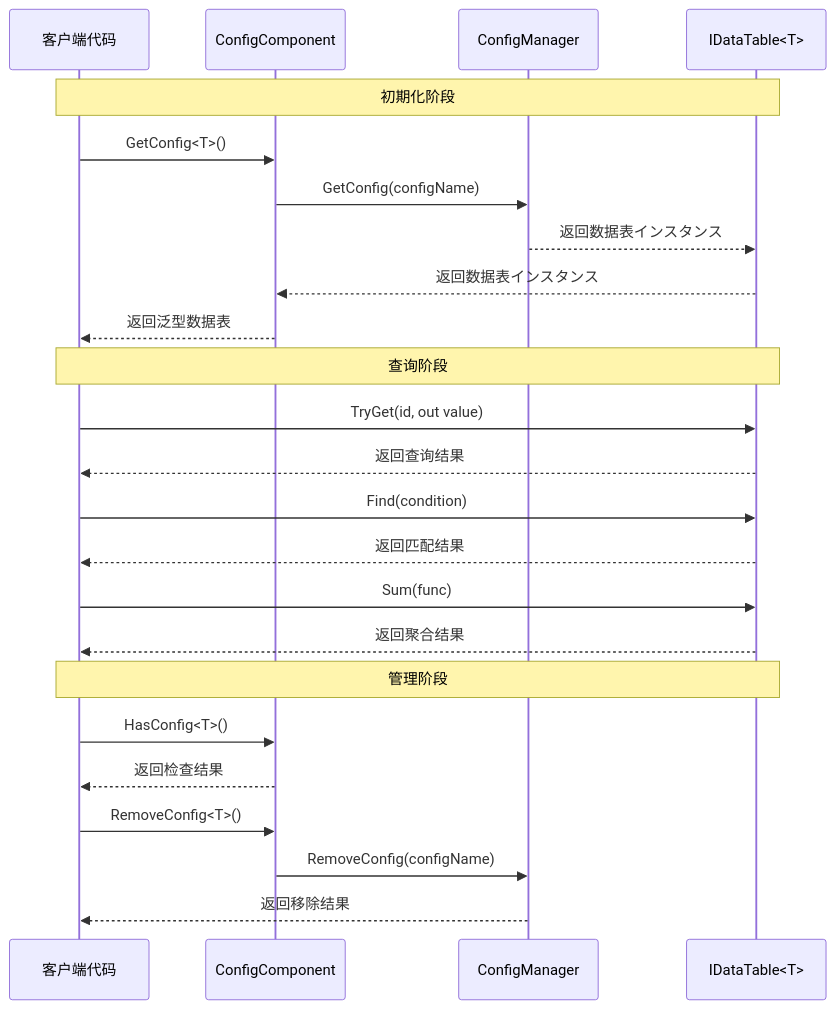
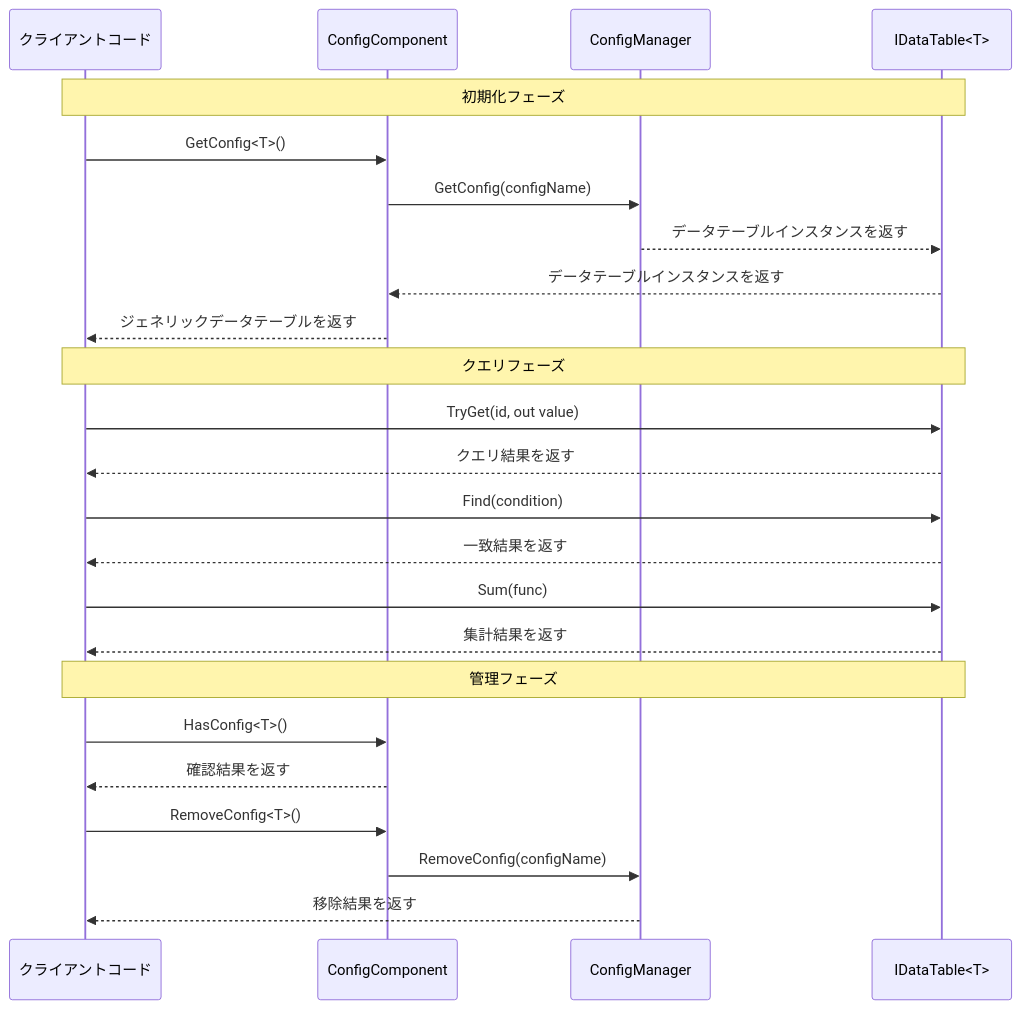
One commit to AlianBlank/GameFrameX.Docs changed the second of 2 diagrams in docs/ja/client/unity/component/config/06.interfaces.md. Above: the diagram before and after it, drawn with Mermaid. The commit also changed other lines of this file and 320 other files, not shown here.

````diff
--- a/docs/ja/client/unity/component/config/06.interfaces.md
+++ b/docs/ja/client/unity/component/config/06.interfaces.md
@@ -412,32 +412,32 @@
 ```mermaid
 sequenceDiagram
-    participant Client as 客户端代码
+    participant Client as クライアントコード
     participant ConfigComp as ConfigComponent
     participant ConfigMgr as ConfigManager
     participant DataTable as IDataTable<T>
 
-    Note over Client,DataTable: 初期化阶段
+    Note over Client,DataTable: 初期化フェーズ
     Client->>ConfigComp: GetConfig<T>()
     ConfigComp->>ConfigMgr: GetConfig(configName)
-    ConfigMgr-->>DataTable: 返回数据表インスタンス
-    DataTable-->>ConfigComp: 返回数据表インスタンス
-    ConfigComp-->>Client: 返回泛型数据表
+    ConfigMgr-->>DataTable: データテーブルインスタンスを返す
+    DataTable-->>ConfigComp: データテーブルインスタンスを返す
+    ConfigComp-->>Client: ジェネリックデータテーブルを返す
 
-    Note over Client,DataTable: 查询阶段
+    Note over Client,DataTable: クエリフェーズ
     Client->>DataTable: TryGet(id, out value)
-    DataTable-->>Client: 返回查询结果
+    DataTable-->>Client: クエリ結果を返す
     
     Client->>DataTable: Find(condition)
-    DataTable-->>Client: 返回匹配结果
+    DataTable-->>Client: 一致結果を返す
     
     Client->>DataTable: Sum(func)
-    DataTable-->>Client: 返回聚合结果
+    DataTable-->>Client: 集計結果を返す
 
-    Note over Client,DataTable: 管理阶段
+    Note over Client,DataTable: 管理フェーズ
     Client->>ConfigComp: HasConfig<T>()
-    ConfigComp-->>Client: 返回检查结果
+    ConfigComp-->>Client: 確認結果を返す
     
     Client->>ConfigComp: RemoveConfig<T>()
     ConfigComp->>ConfigMgr: RemoveConfig(configName)
-    ConfigMgr-->>Client: 返回移除结果
+    ConfigMgr-->>Client: 移除結果を返す
 ```
````
